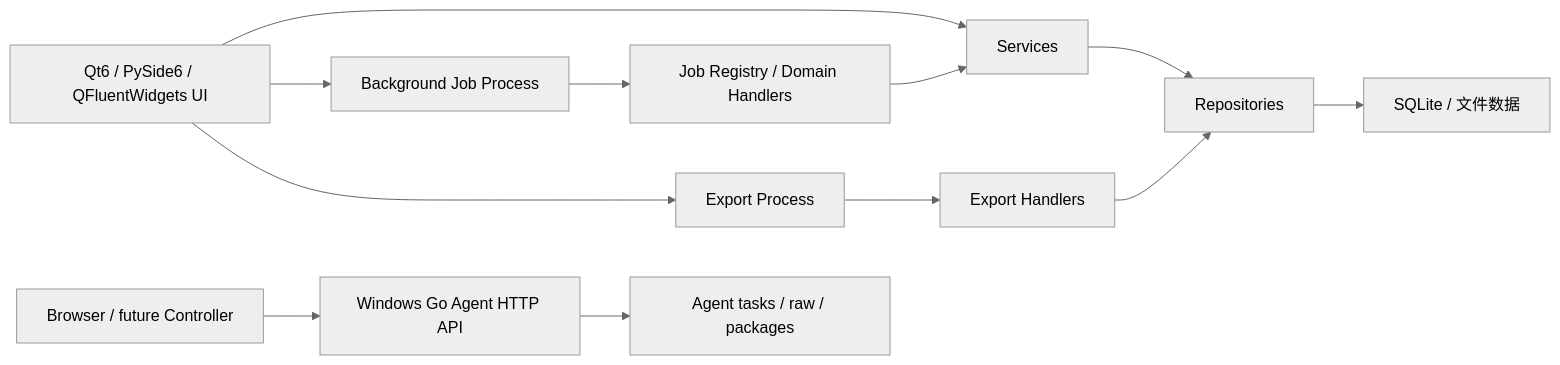
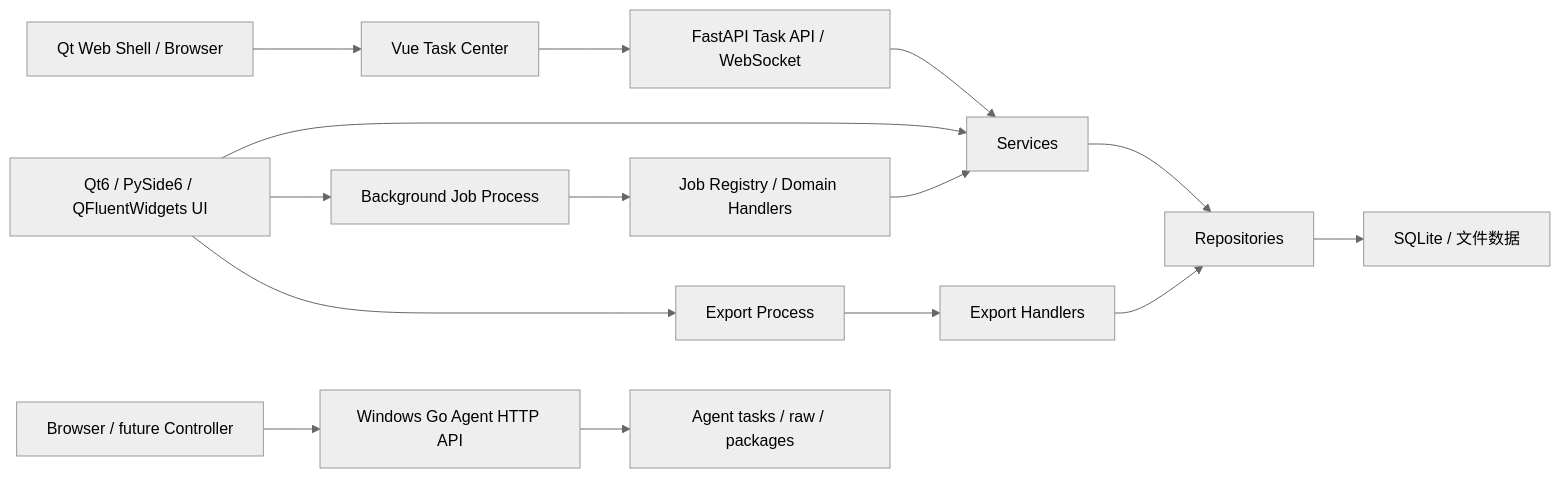
Before and after one commit to wxj183589/NetConsole: the diagram in README.md, drawn with Mermaid (neutral theme). The commit also changed other lines of this file and 63 other files, not shown here.

Commit message:
feat(web): 完成阶段 2 任务中心与 Web Shell

````diff
--- a/README.md
+++ b/README.md
@@ -38,14 +38,17 @@
 ```mermaid
 flowchart LR
     UI["Qt6 / PySide6 / QFluentWidgets UI"] --> SVC["Services"]
+    WS["Qt Web Shell / Browser"] --> VUE["Vue Task Center"]
+    VUE --> API["FastAPI Task API / WebSocket"]
+    API --> SVC
     SVC --> REPO["Repositories"]
     REPO --> DB["SQLite / 文件数据"]
     UI --> JOB["Background Job Process"]
     UI --> EXP["Export Process"]
     JOB --> REG["Job Registry / Domain Handlers"]
     EXP --> WRITER["Export Handlers"]
     REG --> SVC
     WRITER --> REPO
     BROWSER["Browser / future Controller"] --> AGENT["Windows Go Agent HTTP API"]
     AGENT --> AGENTDATA["Agent tasks / raw / packages"]
 ```
````
